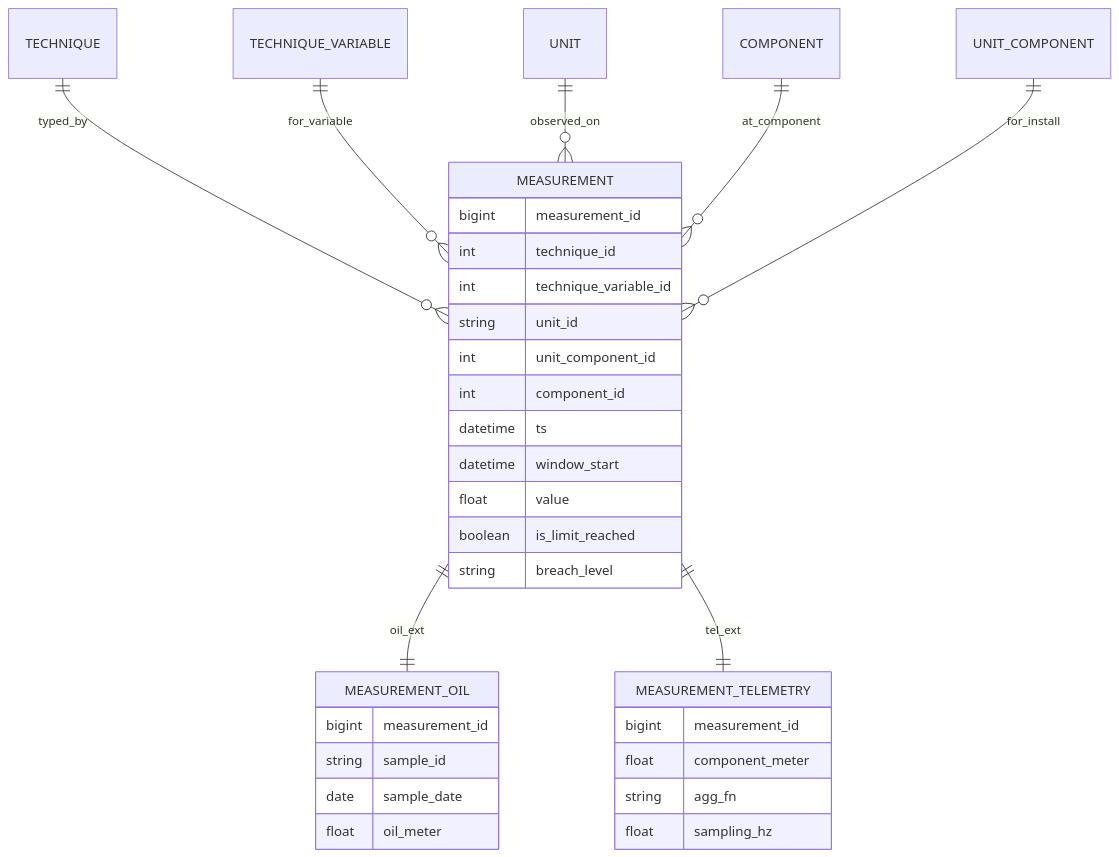
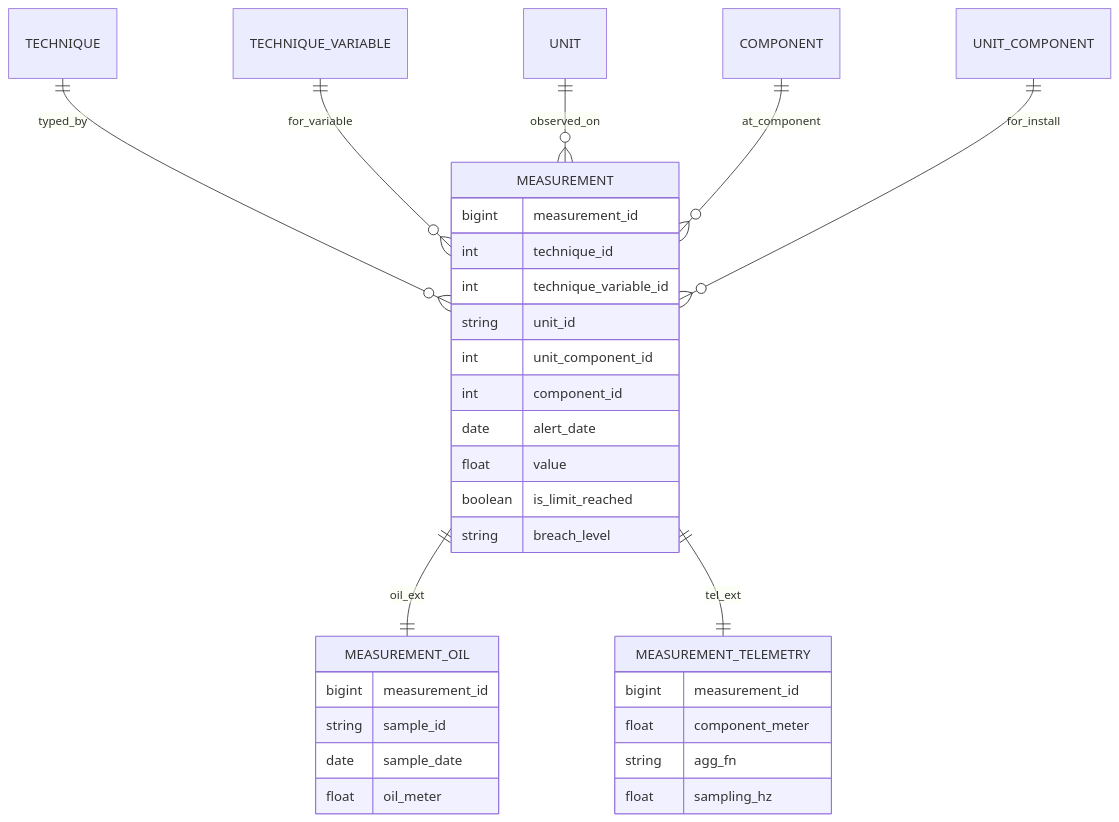
The third of 6 diagrams in data_contracts.md (portizv26/oil_analysis), drawn with Mermaid before and after one commit. The commit also changed other lines of this file, not shown here.

````diff
--- a/data_contracts.md
+++ b/data_contracts.md
@@ -137,37 +132,36 @@
 ```mermaid
 erDiagram
-  TECHNIQUE ||--o{ MEASUREMENT : typed_by
-  TECHNIQUE_VARIABLE ||--o{ MEASUREMENT : for_variable
-  UNIT ||--o{ MEASUREMENT : observed_on
-  COMPONENT ||--o{ MEASUREMENT : at_component
-  UNIT_COMPONENT ||--o{ MEASUREMENT : for_install
+    TECHNIQUE ||--o{ MEASUREMENT : typed_by
+    TECHNIQUE_VARIABLE ||--o{ MEASUREMENT : for_variable
+    UNIT ||--o{ MEASUREMENT : observed_on
+    COMPONENT ||--o{ MEASUREMENT : at_component
+    UNIT_COMPONENT ||--o{ MEASUREMENT : for_install
 
-  MEASUREMENT ||--|| MEASUREMENT_OIL : oil_ext
-  MEASUREMENT ||--|| MEASUREMENT_TELEMETRY : tel_ext
+    MEASUREMENT ||--|| MEASUREMENT_OIL : oil_ext
+    MEASUREMENT ||--|| MEASUREMENT_TELEMETRY : tel_ext
 
-  MEASUREMENT {
-    bigint measurement_id
-    int technique_id
-    int technique_variable_id
-    string unit_id
-    int unit_component_id
-    int component_id
-    datetime ts
-    datetime window_start
-    float value
-    boolean is_limit_reached
-    string breach_level
-  }
-  MEASUREMENT_OIL {
-    bigint measurement_id
-    string sample_id
-    date sample_date
-    float oil_meter
-  }
-  MEASUREMENT_TELEMETRY {
-    bigint measurement_id
-    float component_meter
-    string agg_fn
-    float sampling_hz
-  }
+    MEASUREMENT {
+        bigint measurement_id
+        int technique_id
+        int technique_variable_id
+        string unit_id
+        int unit_component_id
+        int component_id
+        date alert_date
+        float value
+        boolean is_limit_reached
+        string breach_level
+    }
+    MEASUREMENT_OIL {
+        bigint measurement_id
+        string sample_id
+        date sample_date
+        float oil_meter
+    }
+    MEASUREMENT_TELEMETRY {
+        bigint measurement_id
+        float component_meter
+        string agg_fn
+        float sampling_hz
+    }
 ```
````
